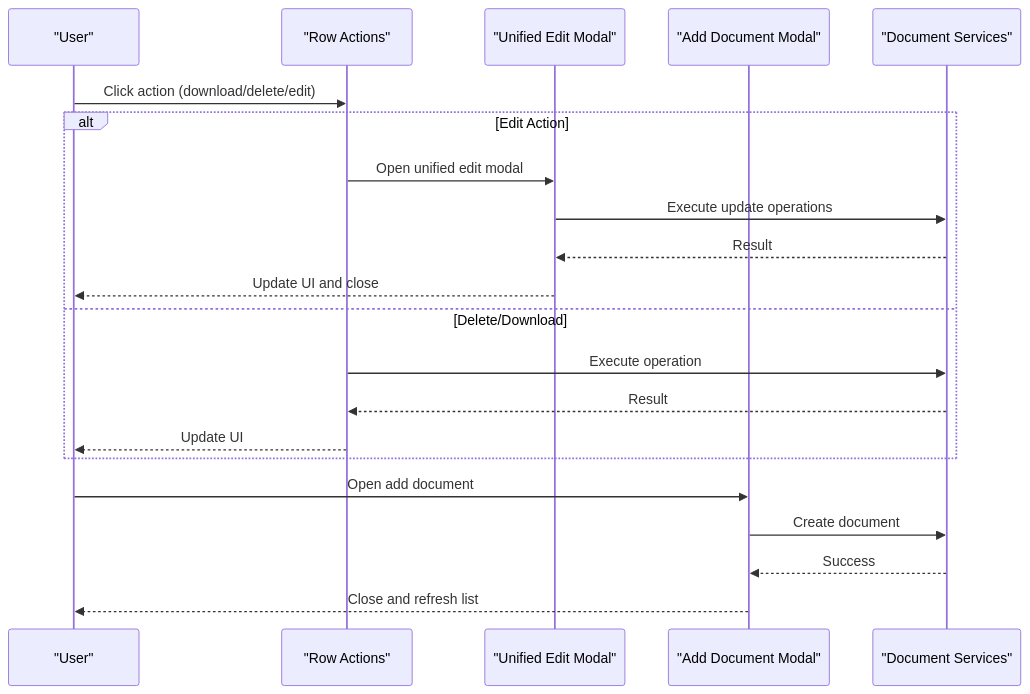
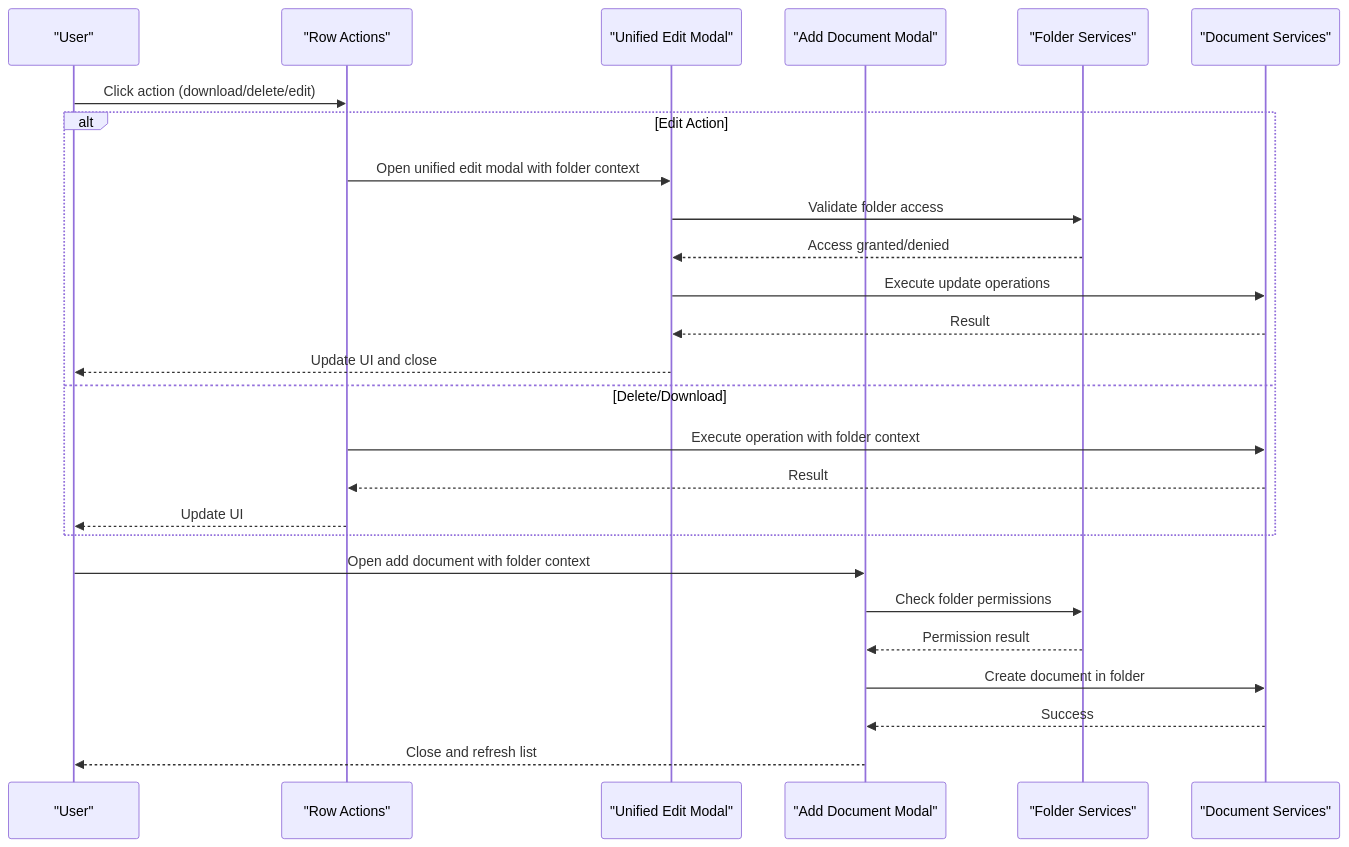
Before and after one commit to ngothanhtung/claude-code-shadcn-dashboard: the sixth of 8 diagrams in .qoder/repowiki/en/content/Data Management Modules/Document Management.md, drawn with Mermaid. The commit also changed other lines of this file and 112 other files, not shown here.

First line of the commit message:
feat(folder): add hierarchical folder management system with access control

````diff
--- a/.qoder/repowiki/en/content/Data Management Modules/Document Management.md
+++ b/.qoder/repowiki/en/content/Data Management Modules/Document Management.md
@@ -288,23 +319,28 @@
 ```mermaid
 sequenceDiagram
 participant User as "User"
 participant RowActions as "Row Actions"
 participant EditModal as "Unified Edit Modal"
 participant AddModal as "Add Document Modal"
+participant FolderSvc as "Folder Services"
 participant DocSvc as "Document Services"
 User->>RowActions : Click action (download/delete/edit)
 alt Edit Action
-RowActions->>EditModal : Open unified edit modal
+RowActions->>EditModal : Open unified edit modal with folder context
+EditModal->>FolderSvc : Validate folder access
+FolderSvc-->>EditModal : Access granted/denied
 EditModal->>DocSvc : Execute update operations
 DocSvc-->>EditModal : Result
 EditModal-->>User : Update UI and close
 else Delete/Download
-RowActions->>DocSvc : Execute operation
+RowActions->>DocSvc : Execute operation with folder context
 DocSvc-->>RowActions : Result
 RowActions-->>User : Update UI
 end
-User->>AddModal : Open add document
-AddModal->>DocSvc : Create document
+User->>AddModal : Open add document with folder context
+AddModal->>FolderSvc : Check folder permissions
+FolderSvc-->>AddModal : Permission result
+AddModal->>DocSvc : Create document in folder
 DocSvc-->>AddModal : Success
 AddModal-->>User : Close and refresh list
 ```
````
